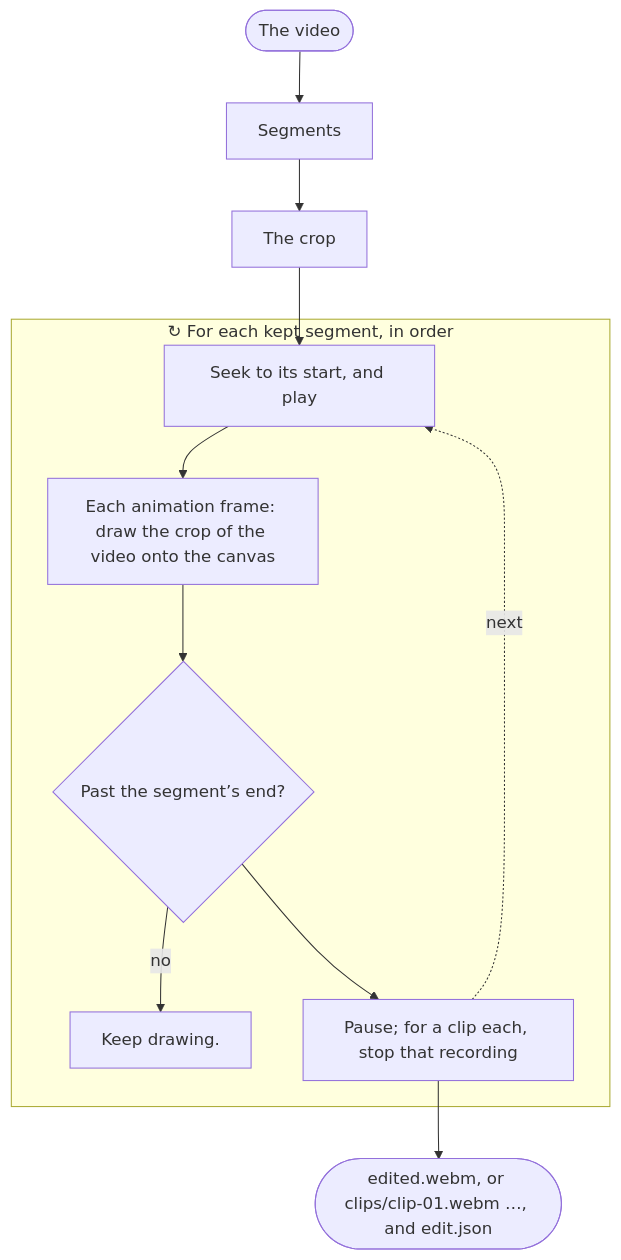
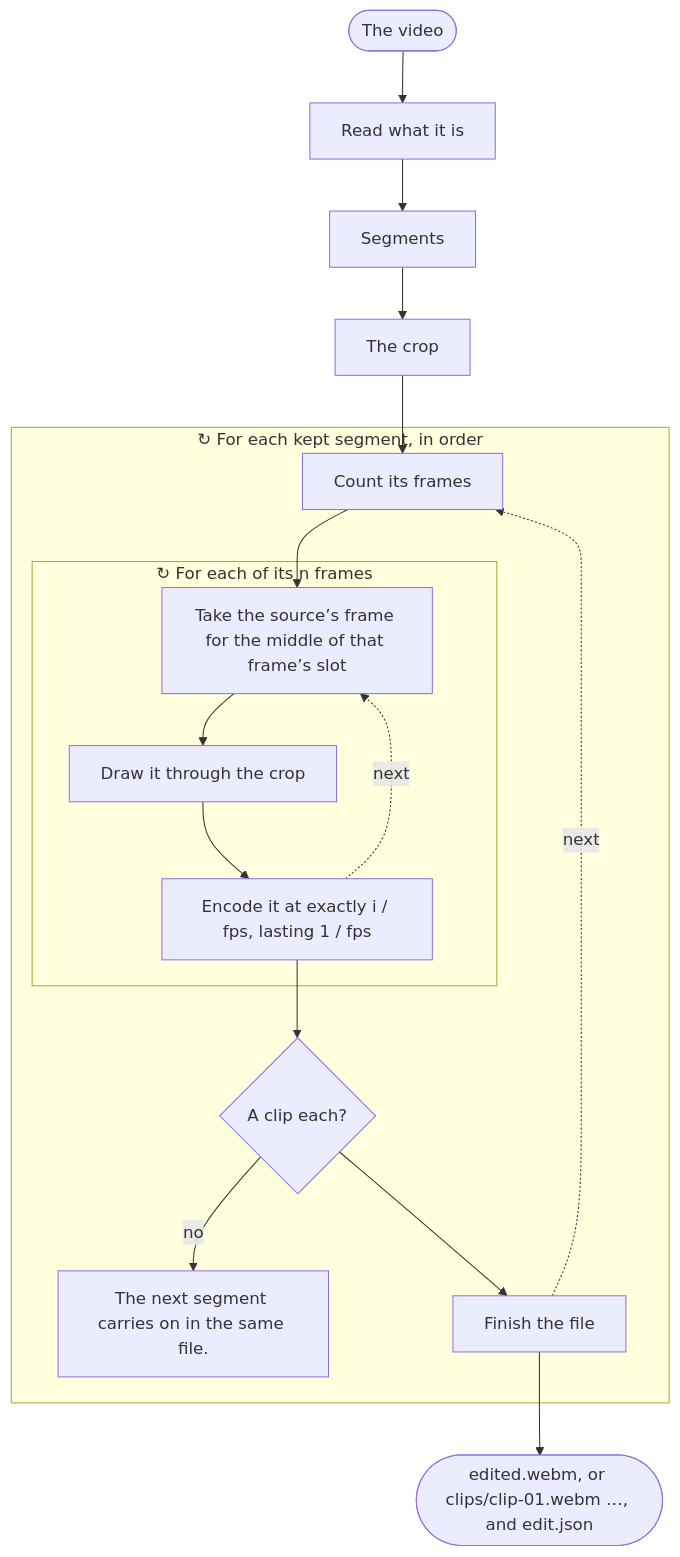
One commit to MabzGamesStudio/VibeToon changed the ninth of 30 diagrams in docs/ALGORITHMS.md. Above: the diagram before and after it, drawn with Mermaid. The commit also changed other lines of this file and 24 other files, not shown here.

````diff
--- a/docs/ALGORITHMS.md
+++ b/docs/ALGORITHMS.md
@@ -1004,23 +1066,32 @@
 ```mermaid
 flowchart TD
   s1(["The video"])
-  s2["Segments"]
+  s2["Read what it is"]
   s1 --> s2
-  s3["The crop"]
+  s3["Segments"]
   s2 --> s3
-  subgraph s4["↻ For each kept segment, in order"]
-    s5["Seek to its start, and play"]
-    s6["Each animation frame: draw the crop of the video onto the canvas"]
-    s5 --> s6
-    s7{"Past the segment’s end?"}
-    s8["Keep drawing."]
-    s7 -- no --> s8
-    s6 --> s7
-    s9["Pause; for a clip each, stop that recording"]
-    s7 --> s9
+  s4["The crop"]
+  s3 --> s4
+  subgraph s5["↻ For each kept segment, in order"]
+    s6["Count its frames"]
+    subgraph s7["↻ For each of its n frames"]
+      s8["Take the source’s frame for the middle of that frame’s slot"]
+      s9["Draw it through the crop"]
+      s8 --> s9
+      s10["Encode it at exactly i / fps, lasting 1 / fps"]
+      s9 --> s10
+    end
+    s10 -. next .-> s8
+    s6 --> s8
+    s11{"A clip each?"}
+    s12["The next segment carries on in the same file."]
+    s11 -- no --> s12
+    s10 --> s11
+    s13["Finish the file"]
+    s11 --> s13
   end
-  s9 -. next .-> s5
-  s3 --> s5
-  s10(["edited.webm, or clips/clip-01.webm …, and edit.json"])
-  s9 --> s10
+  s13 -. next .-> s6
+  s4 --> s6
+  s14(["edited.webm, or clips/clip-01.webm …, and edit.json"])
+  s13 --> s14
 ```
````
